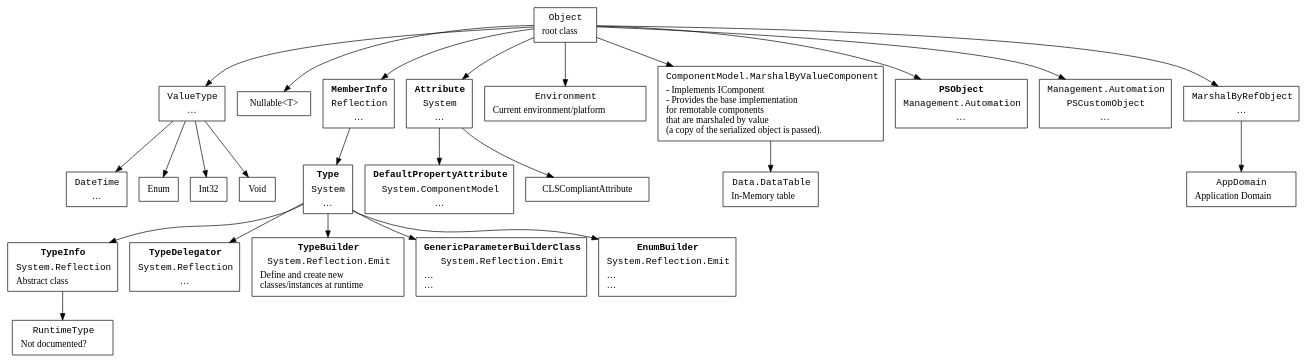
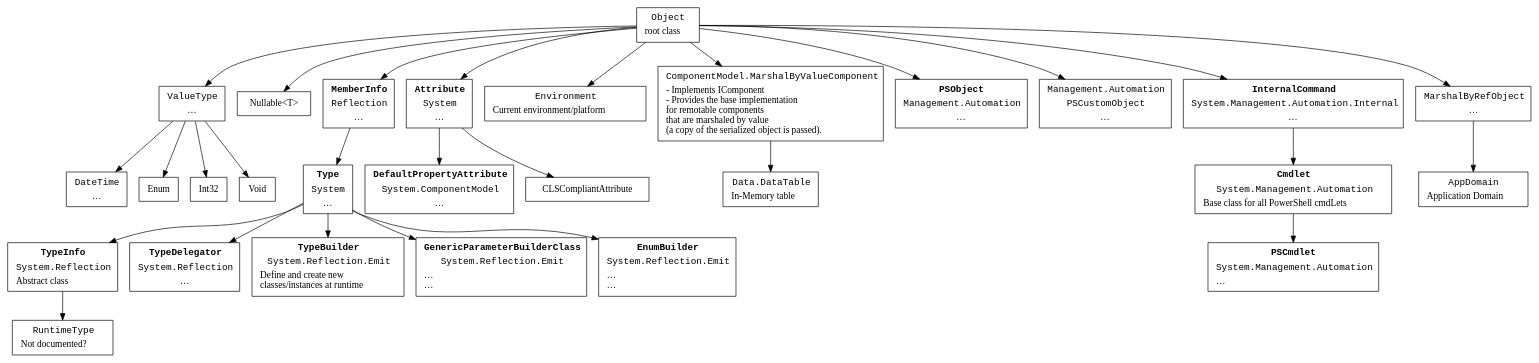
The diagram in namespaces/hierarchy.dot (ReneNyffenegger/temp-dotNet), drawn with Graphviz before and after one commit.

```diff
--- a/namespaces/hierarchy.dot
+++ b/namespaces/hierarchy.dot
@@ -1,137 +1,156 @@
 digraph hierarchy {
 
     node [ shape=box ]
    
     System_Object[ label=< <table border="0"><tr><td align="text"><font face="Courier">Object</font></td></tr><tr><td align="text">root class<br align="left"/></td></tr></table> > ];
 
 
     System_ValueType [ label=< <table border="0"><tr><td align="text"><font face="Courier">ValueType</font></td></tr><tr><td>…</td></tr></table> > ];
     System_DateTime [ label=< <table border="0"><tr><td align="text"><font face="Courier">DateTime</font></td></tr><tr><td>…</td></tr></table> > ];
 
     System_Enum [ label = "Enum" ];
 
     System_Int32 [ label = "Int32" ];
 
     System_Void [ label = "Void" ];
 
     System_Nullable [ label = "Nullable<T>" ];
 
 //  System_Reflection_Memberinfo [ label = "Reflection.MemberInfo" ];
 
     System_Reflection_Memberinfo [ label=< <table border="0">
        <tr><td align="text"><font face="Courier"><b>MemberInfo</b></font></td></tr>
        <tr><td align="text"><font face="Courier">Reflection</font></td></tr>
        <tr><td>…</td></tr></table> > ];
 
     System_Reflection_TypeInfo [ label=< <table border="0">
        <tr><td align="text"><font face="Courier"><b>TypeInfo</b></font></td></tr>
        <tr><td><font face="Courier">System.Reflection</font></td></tr>
        <tr><td align="text">Abstract class<br align="left"/></td></tr></table> > ];
 
     System_Reflection_TypeDelegator [ label=< <table border="0">
        <tr><td align="text"><font face="Courier"><b>TypeDelegator</b></font></td></tr>
        <tr><td align="text"><font face="Courier">System.Reflection</font></td></tr>
        <tr><td>…</td></tr></table> > ];
 
     System_Reflection_Emit_TypeBuilder [ label=< <table border="0">
        <tr><td align="text"><font face="Courier"><b>TypeBuilder</b></font></td></tr>
        <tr><td align="text"><font face="Courier">System.Reflection.Emit</font></td></tr>
        <tr><td align="text">Define and create new<br align="left"/>classes/instances at runtime<br align="left"/></td></tr>
     </table> > ];
 
     System_Reflection_Emit_GenericTypeParameterBuilderClass [ label=< <table border="0">
        <tr><td align="text"><font face="Courier"><b>GenericParameterBuilderClass</b></font></td></tr>
        <tr><td align="text"><font face="Courier">System.Reflection.Emit</font></td></tr>
        <tr><td align="text">…<br align="left"/>…<br align="left"/></td></tr>
     </table> > ];
 
     System_Reflection_Emit_EnumBuilder [ label=< <table border="0">
        <tr><td align="text"><font face="Courier"><b>EnumBuilder</b></font></td></tr>
        <tr><td align="text"><font face="Courier">System.Reflection.Emit</font></td></tr>
        <tr><td align="text">…<br align="left"/>…<br align="left"/></td></tr>
     </table> > ];
 
     System_Type [ label=< <table border="0">
        <tr><td align="text"><font face="Courier"><b>Type</b></font></td></tr>
        <tr><td align="text"><font face="Courier">System</font></td></tr>
        <tr><td>…</td></tr></table> > ];
 
     System_Type -> System_Reflection_TypeInfo;
     System_Type -> System_Reflection_TypeDelegator;
     System_Type -> System_Reflection_Emit_TypeBuilder;
     System_Type -> System_Reflection_Emit_GenericTypeParameterBuilderClass;
     System_Type -> System_Reflection_Emit_EnumBuilder;
 
     System_Object -> System_ValueType;
 
     System_Object -> System_Nullable;
 
 //  System_Attribute [ label=< <table border="0"><tr><td align="text"><font face="Courier">System.Attribute</font></td></tr><tr><td>…</td></tr></table> > ];
     System_Attribute [ label=< <table border="0">
        <tr><td align="text"><font face="Courier"><b>Attribute</b></font></td></tr>
        <tr><td align="text"><font face="Courier">System</font></td></tr>
        <tr><td>…</td></tr></table> > ];
 
 //  System_DefaultPropertyAttribute [ label=< <table border="0"><tr><td align="text"><font face="Courier">ComponentModel.DefaultPropertyAttribute</font></td></tr><tr><td>…</td></tr></table> > ];
     System_DefaultPropertyAttribute [ label=< <table border="0">
        <tr><td align="text"><font face="Courier"><b>DefaultPropertyAttribute</b></font></td></tr>
        <tr><td align="text"><font face="Courier">System.ComponentModel</font></td></tr>
        <tr><td>…</td></tr></table> > ];
 
     System_Environment [ label=< <table border="0"><tr><td align="text"><font face="Courier">Environment</font></td></tr><tr><td>Current environment/platform</td></tr></table> > ];
 
     System_Data_DataTable[ label=< <table border="0"><tr><td align="text"><font face="Courier">Data.DataTable</font></td></tr><tr><td align="text">In-Memory table<br align="left"/></td></tr></table> > ];
 
     System_ComponentModel_MarshalByValueComponent-> System_Data_DataTable;
 
     System_Management_Automation_PSObject [ label=< <table border="0">
        <tr><td align="text"><font face="Courier"><b>PSObject</b></font></td></tr>
        <tr><td align="text"><font face="Courier">Management.Automation</font></td></tr>
        <tr><td>…</td></tr></table> > ];
 
     System_Management_Automation_PSCusteomObject [ label=< <table border="0">
        <tr><td align="text"><font face="Courier">Management.Automation</font></td></tr>
        <tr><td align="text"><font face="Courier">PSCustomObject</font></td></tr>
        <tr><td>…</td></tr></table> > ];
 
     System_ComponentModel_MarshalByValueComponent[ label=< <table border="0"><tr><td align="text"><font face="Courier">ComponentModel.MarshalByValueComponent</font></td></tr><tr><td align="text">- Implements IComponent<br align="left"/>- Provides the base implementation<br align="left"/>for remotable components<br align="left"/>that are marshaled by value <br align="left"/>(a copy of the serialized object is passed).<br align="left"/></td></tr></table> > ];
 
+    System_Management_Automation_Cmdlet [ label=< <table border="0">
+       <tr><td align="text"><font face="Courier"><b>Cmdlet</b></font></td></tr>
+       <tr><td align="text"><font face="Courier">System.Management.Automation</font></td></tr>
+       <tr><td align="text">Base class for all PowerShell cmdLets<br align="left"/></td></tr></table> > ];
+
+    System_Management_Automation_PSCmdlet [ label=< <table border="0">
+       <tr><td align="text"><font face="Courier"><b>PSCmdlet</b></font></td></tr>
+       <tr><td align="text"><font face="Courier">System.Management.Automation</font></td></tr>
+       <tr><td align="text">…<br align="left"/></td></tr></table> > ];
+
+    System_Management_Automation_Internal_InternalCommand [ label=< <table border="0">
+       <tr><td align="text"><font face="Courier"><b>InternalCommand</b></font></td></tr>
+       <tr><td align="text"><font face="Courier">System.Management.Automation.Internal</font></td></tr>
+       <tr><td>…</td></tr></table> > ];
+
      System_MarshalByRefObject [ label=< <table border="0">
                              <tr><td align="text"><font face="Courier">MarshalByRefObject</font></td></tr>
                              <tr><td>…</td></tr></table> > ];
 
      System_AppDomain [ label=< <table border="0">
                              <tr><td align="text"><font face="Courier">AppDomain</font></td></tr>
                              <tr><td>Application Domain</td></tr></table> > ];
 
     System_CLSCompliantAttribute [ label = "CLSCompliantAttribute" ];
 
     System_ValueType -> System_Enum;
     System_ValueType -> System_DateTime;
 
     System_ValueType -> System_Int32;
 
     System_ValueType -> System_Void;
 
     System_Object -> System_Reflection_Memberinfo;
     System_Object -> System_Environment;
 
     System_Object -> System_Attribute;
 
     System_Attribute -> System_CLSCompliantAttribute;
     System_Attribute -> System_DefaultPropertyAttribute;
 
     System_Reflection_Memberinfo -> System_Type;
 
     System_RuntimeType [ label=< <table border="0"><tr><td align="text"><font face="Courier">RuntimeType</font></td></tr><tr><td>Not documented?</td></tr></table> > ];
     System_Reflection_TypeInfo -> System_RuntimeType;
 
     System_Object -> System_ComponentModel_MarshalByValueComponent;
 
     System_Object -> System_Management_Automation_PSObject;
     System_Object -> System_Management_Automation_PSCusteomObject;
 
 
    System_Object -> System_MarshalByRefObject;
    System_MarshalByRefObject -> System_AppDomain;
+
+   System_Object -> System_Management_Automation_Internal_InternalCommand
+   System_Management_Automation_Internal_InternalCommand -> System_Management_Automation_Cmdlet
+   System_Management_Automation_Cmdlet -> System_Management_Automation_PSCmdlet
 }
```
